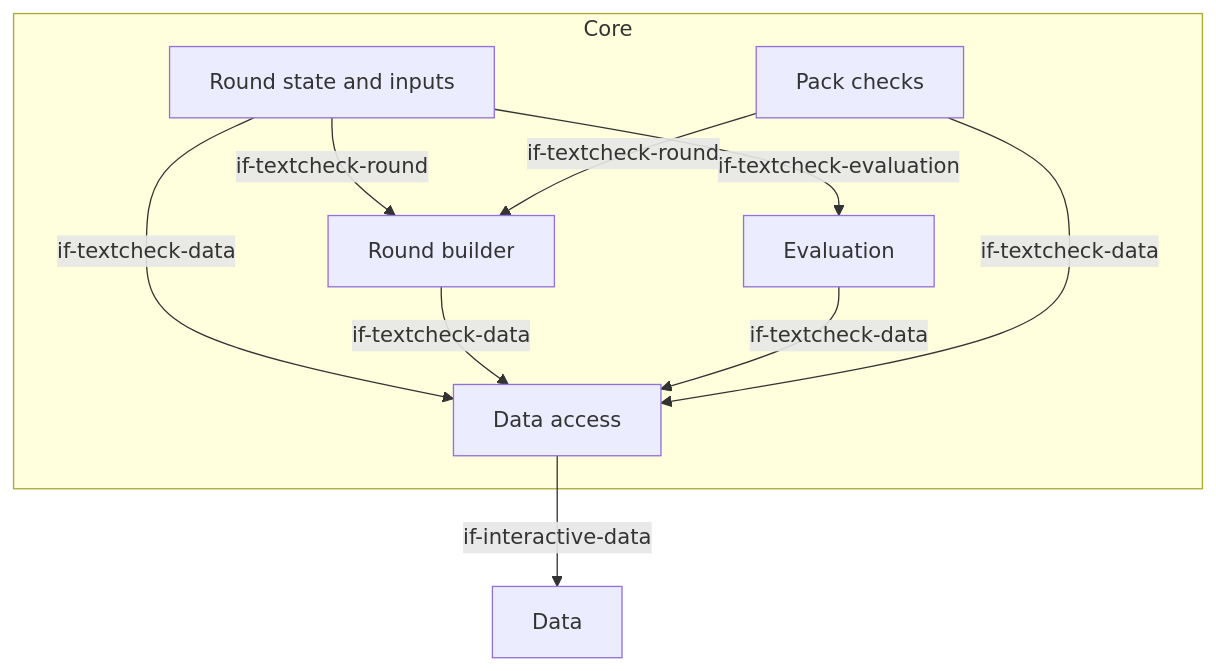
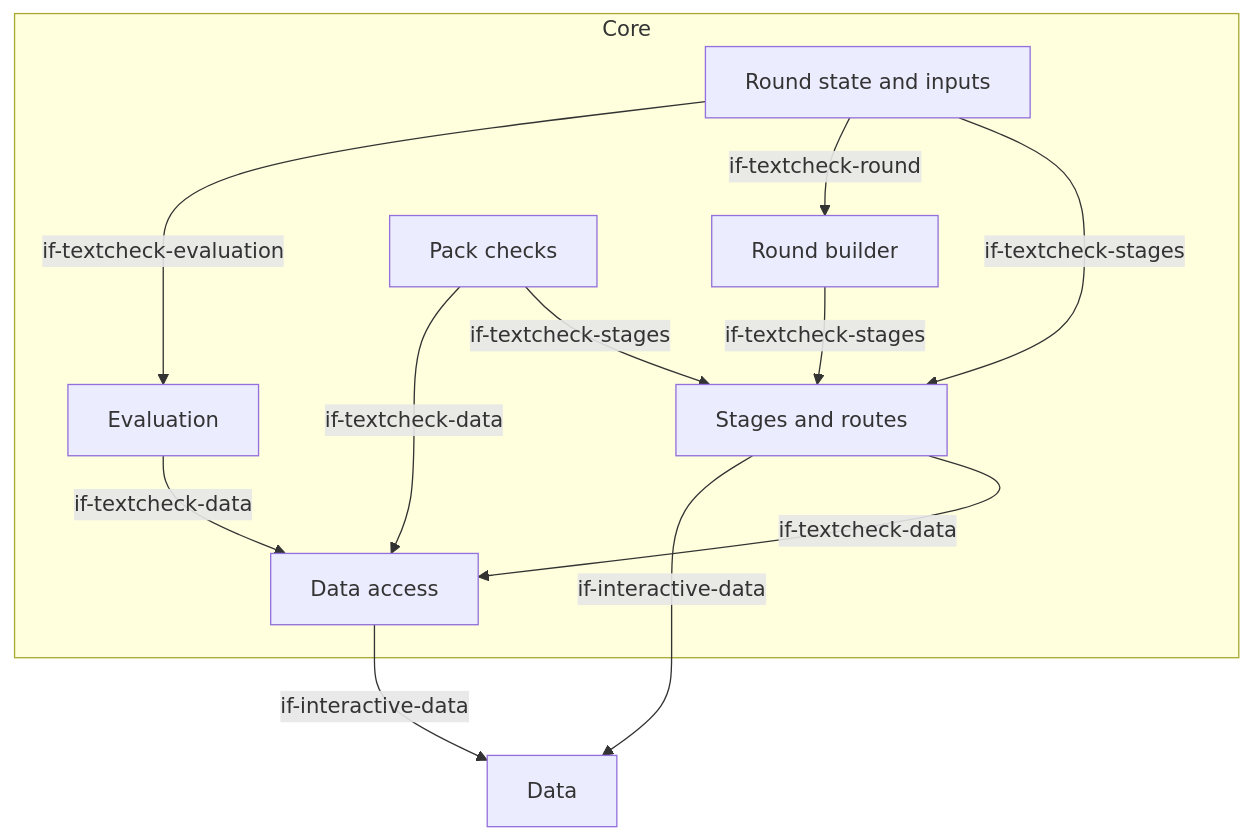
One commit to mrsimpson/textcheck changed the fourth of 6 diagrams in docs/arc42/05-building-blocks.arc42.md. Above: the diagram before and after it, drawn with Mermaid. The commit also changed other lines of this file and 202 other files, not shown here.

````diff
--- a/docs/arc42/05-building-blocks.arc42.md
+++ b/docs/arc42/05-building-blocks.arc42.md
@@ -658,19 +658,22 @@
 ```mermaid
 flowchart TB
     subgraph bb-interactive-core["Core"]
         bb-textcheck-state["Round state and inputs"]
+        bb-textcheck-stages["Stages and routes"]
         bb-textcheck-round["Round builder"]
         bb-textcheck-evaluate["Evaluation"]
         bb-textcheck-data-access["Data access"]
         bb-textcheck-pack-check["Pack checks"]
     end
     bb-interactive-data["Data"]
+    bb-textcheck-state -->|"if-textcheck-stages"| bb-textcheck-stages
     bb-textcheck-state -->|"if-textcheck-round"| bb-textcheck-round
     bb-textcheck-state -->|"if-textcheck-evaluation"| bb-textcheck-evaluate
-    bb-textcheck-state -->|"if-textcheck-data"| bb-textcheck-data-access
-    bb-textcheck-round -->|"if-textcheck-data"| bb-textcheck-data-access
+    bb-textcheck-stages -->|"if-textcheck-data"| bb-textcheck-data-access
+    bb-textcheck-round -->|"if-textcheck-stages"| bb-textcheck-stages
     bb-textcheck-evaluate -->|"if-textcheck-data"| bb-textcheck-data-access
-    bb-textcheck-pack-check -->|"if-textcheck-round"| bb-textcheck-round
+    bb-textcheck-data-access -->|"if-interactive-data"| bb-interactive-data
+    bb-textcheck-pack-check -->|"if-textcheck-stages"| bb-textcheck-stages
     bb-textcheck-pack-check -->|"if-textcheck-data"| bb-textcheck-data-access
-    bb-textcheck-data-access -->|"if-interactive-data"| bb-interactive-data
+    bb-textcheck-stages -->|"if-interactive-data"| bb-interactive-data
 ```
````
